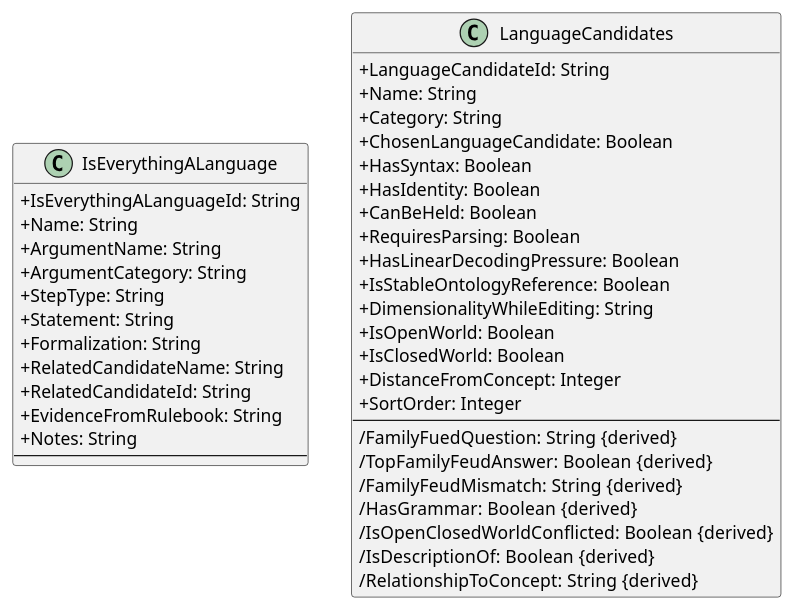
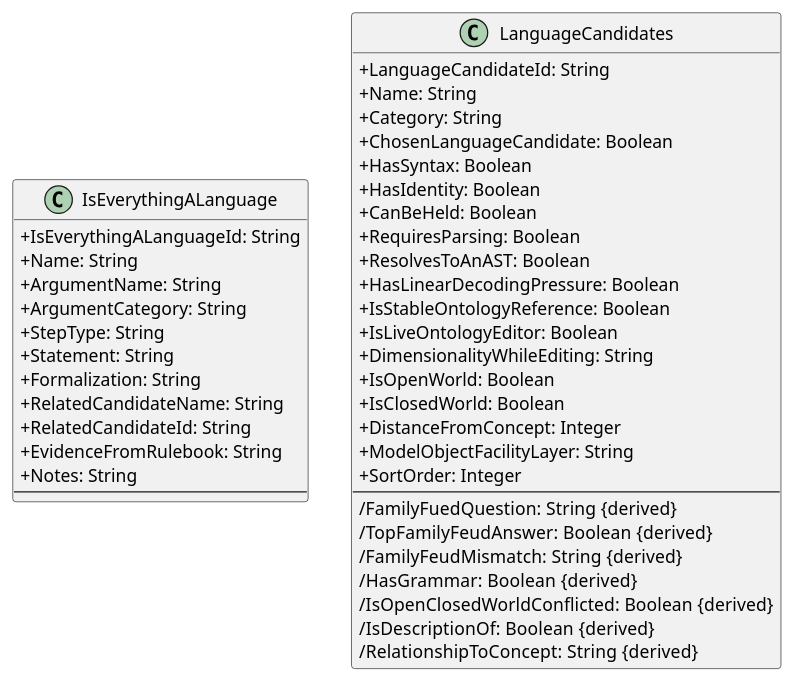
The diagram in execution-substratrates/uml/class-diagram.puml (eejai42/semiotics-is-everything-a-language), drawn with PlantUML before and after one commit. The commit also changed 86 other files, not shown here.

```diff
--- a/execution-substratrates/uml/class-diagram.puml
+++ b/execution-substratrates/uml/class-diagram.puml
@@ -1,45 +1,48 @@
 @startuml
 skinparam classAttributeIconSize 0
 
 class IsEverythingALanguage {
   +IsEverythingALanguageId: String
   +Name: String
   +ArgumentName: String
   +ArgumentCategory: String
   +StepType: String
   +Statement: String
   +Formalization: String
   +RelatedCandidateName: String
   +RelatedCandidateId: String
   +EvidenceFromRulebook: String
   +Notes: String
   --
 }
 
 class LanguageCandidates {
   +LanguageCandidateId: String
   +Name: String
   +Category: String
   +ChosenLanguageCandidate: Boolean
   +HasSyntax: Boolean
   +HasIdentity: Boolean
   +CanBeHeld: Boolean
   +RequiresParsing: Boolean
+  +ResolvesToAnAST: Boolean
   +HasLinearDecodingPressure: Boolean
   +IsStableOntologyReference: Boolean
+  +IsLiveOntologyEditor: Boolean
   +DimensionalityWhileEditing: String
   +IsOpenWorld: Boolean
   +IsClosedWorld: Boolean
   +DistanceFromConcept: Integer
+  +ModelObjectFacilityLayer: String
   +SortOrder: Integer
   --
   /FamilyFuedQuestion: String  {derived}
   /TopFamilyFeudAnswer: Boolean  {derived}
   /FamilyFeudMismatch: String  {derived}
   /HasGrammar: Boolean  {derived}
   /IsOpenClosedWorldConflicted: Boolean  {derived}
   /IsDescriptionOf: Boolean  {derived}
   /RelationshipToConcept: String  {derived}
 }
 
 @enduml
```
